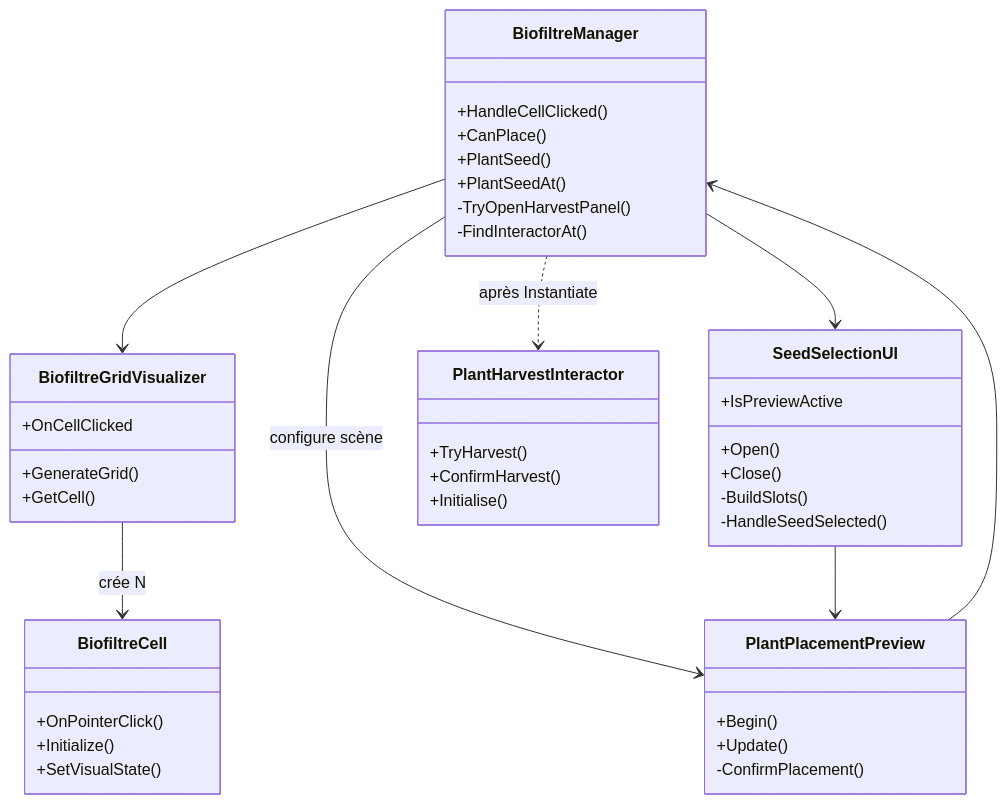
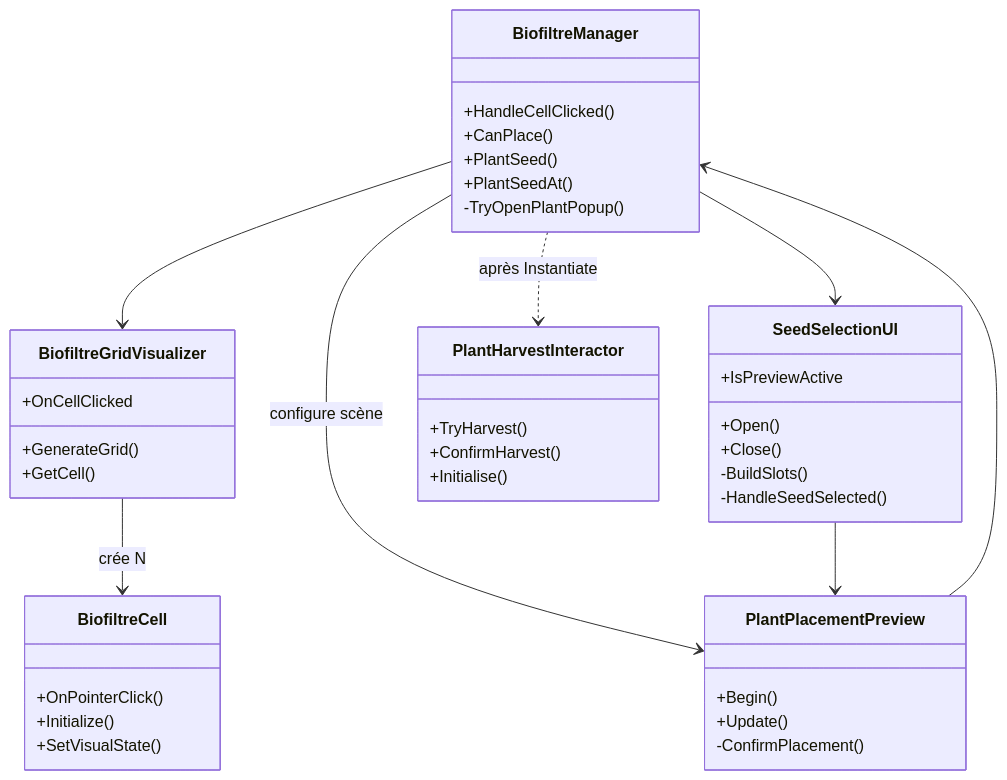
Before and after one commit to madhackademie/RaymanInifiteRunner: the seventh of 8 diagrams in Notes/Farm/SYSTEMES_carte_mentale.md, drawn with Mermaid. The commit also changed other lines of this file and 10 other files, not shown here.

````diff
--- a/Notes/Farm/SYSTEMES_carte_mentale.md
+++ b/Notes/Farm/SYSTEMES_carte_mentale.md
@@ -194,47 +193,46 @@
 ```mermaid
 classDiagram
   direction TB
   class BiofiltreManager {
     +HandleCellClicked()
     +CanPlace()
     +PlantSeed()
     +PlantSeedAt()
-    -TryOpenHarvestPanel()
-    -FindInteractorAt()
+    -TryOpenPlantPopup()
   }
   class BiofiltreGridVisualizer {
     +GenerateGrid()
     +GetCell()
     +OnCellClicked
   }
   class BiofiltreCell {
     +OnPointerClick()
     +Initialize()
     +SetVisualState()
   }
   class SeedSelectionUI {
     +Open()
     +Close()
     +IsPreviewActive
     -BuildSlots()
     -HandleSeedSelected()
   }
   class PlantPlacementPreview {
     +Begin()
     +Update()
     -ConfirmPlacement()
   }
   class PlantHarvestInteractor {
     +TryHarvest()
     +ConfirmHarvest()
     +Initialise()
   }
 
   BiofiltreManager --> BiofiltreGridVisualizer
   BiofiltreManager --> SeedSelectionUI
   BiofiltreManager --> PlantPlacementPreview : configure scène
   SeedSelectionUI --> PlantPlacementPreview
   PlantPlacementPreview --> BiofiltreManager
   BiofiltreGridVisualizer --> BiofiltreCell : crée N
   BiofiltreManager ..> PlantHarvestInteractor : après Instantiate
 ```
````
